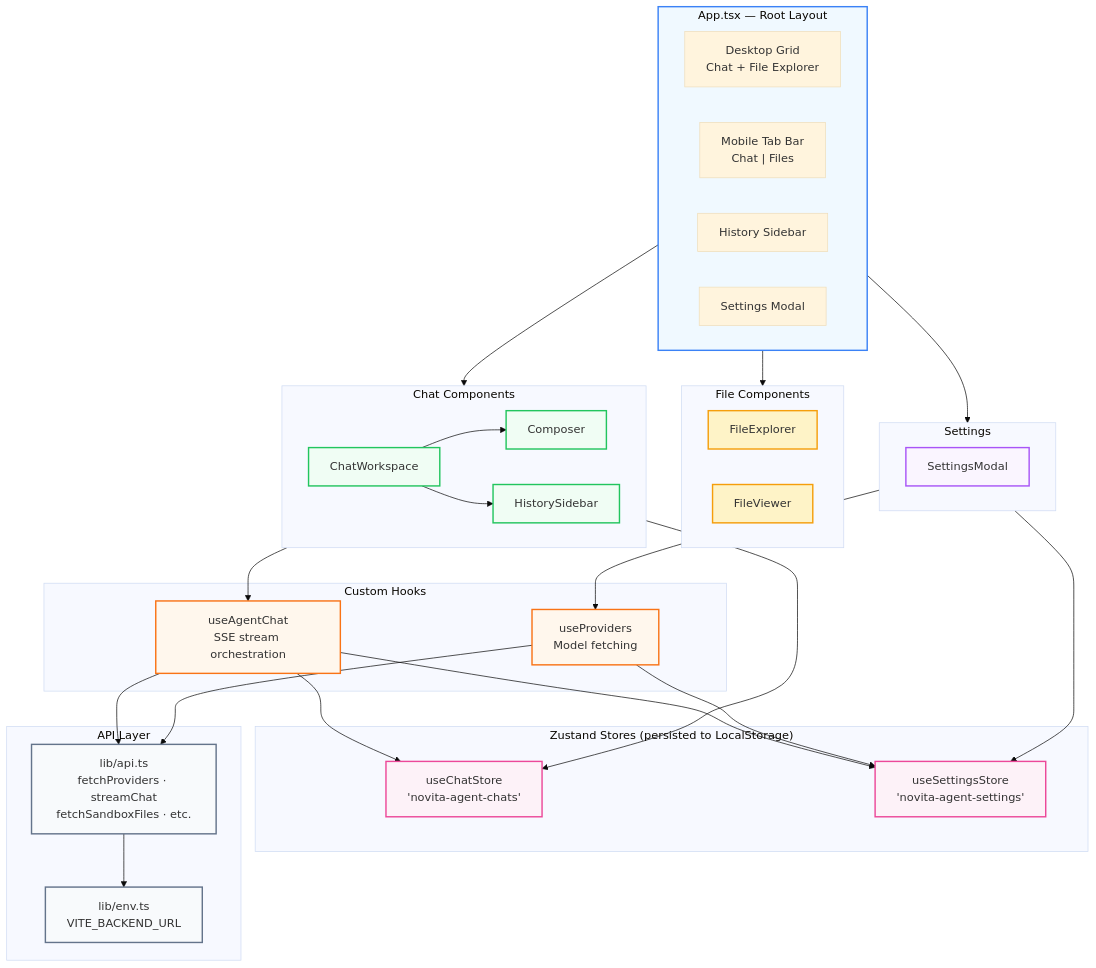
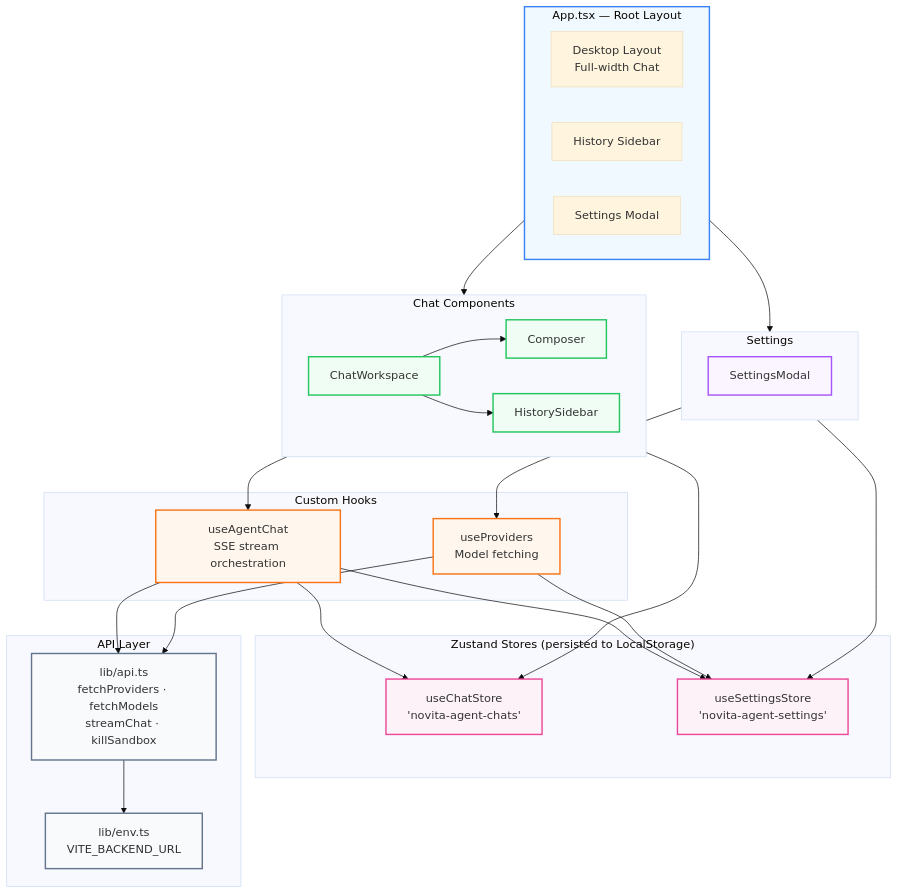
The first of 4 diagrams in frontend/README.md (opencurro-ai/opencurro-ai), drawn with Mermaid (base theme) before and after one commit. The commit also changed other lines of this file and 8 other files, not shown here.

````diff
--- a/frontend/README.md
+++ b/frontend/README.md
@@ -31,75 +31,67 @@
 ```mermaid
 graph TB
     subgraph APP["App.tsx — Root Layout"]
-        DIR["Desktop Grid<br/>Chat + File Explorer"]
-        MOB["Mobile Tab Bar<br/>Chat | Files"]
+        DIR["Desktop Layout<br/>Full-width Chat"]
         SIDEBAR["History Sidebar"]
         MODAL["Settings Modal"]
     end
 
     subgraph CHAT["Chat Components"]
         CW["ChatWorkspace"]
         COMP["Composer"]
         HS["HistorySidebar"]
-    end
-
-    subgraph FILES["File Components"]
-        FE["FileExplorer"]
-        FV["FileViewer"]
     end
 
     subgraph SETTINGS["Settings"]
         SM["SettingsModal"]
     end
 
     subgraph STATE["Zustand Stores (persisted to LocalStorage)"]
         CS["useChatStore<br/>'novita-agent-chats'"]
         SS["useSettingsStore<br/>'novita-agent-settings'"]
     end
 
     subgraph HOOKS["Custom Hooks"]
         UAC["useAgentChat<br/>SSE stream orchestration"]
         UP["useProviders<br/>Model fetching"]
     end
 
     subgraph API["API Layer"]
-        APICLIENT["lib/api.ts<br/>fetchProviders · streamChat<br/>fetchSandboxFiles · etc."]
+        APICLIENT["lib/api.ts<br/>fetchProviders · fetchModels<br/>streamChat · killSandbox"]
         ENV["lib/env.ts<br/>VITE_BACKEND_URL"]
     end
 
     APP --> CHAT
-    APP --> FILES
     APP --> SETTINGS
 
     CW --> COMP
     CW --> HS
 
     CHAT --> UAC
     CHAT --> CS
     SETTINGS --> SS
     SETTINGS --> UP
 
     UAC --> APICLIENT
     UAC --> CS
     UAC --> SS
 
     UP --> APICLIENT
     UP --> SS
 
     APICLIENT --> ENV
 
     classDef layout fill:#f0f9ff,stroke:#3b82f6,stroke-width:2px
     classDef chat fill:#f0fdf4,stroke:#22c55e,stroke-width:2px
-    classDef files fill:#fef3c7,stroke:#f59e0b,stroke-width:2px
     classDef settings fill:#faf5ff,stroke:#a855f7,stroke-width:2px
     classDef state fill:#fdf2f8,stroke:#ec4899,stroke-width:2px
     classDef hooks fill:#fff7ed,stroke:#f97316,stroke-width:2px
     classDef api fill:#f8fafc,stroke:#64748b,stroke-width:2px
     class APP layout
     class CW,COMP,HS chat
     class FE,FV files
     class SM settings
     class CS,SS state
     class UAC,UP hooks
     class APICLIENT,ENV api
 ```
````
